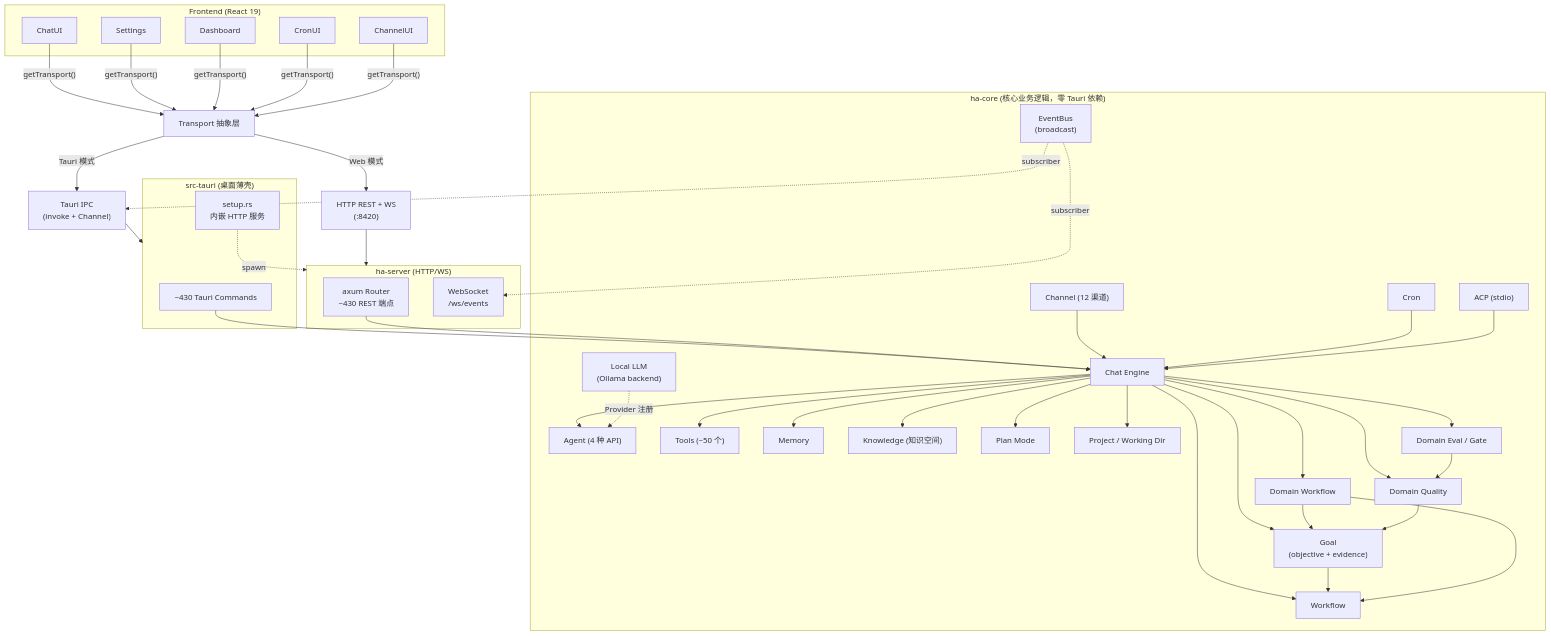
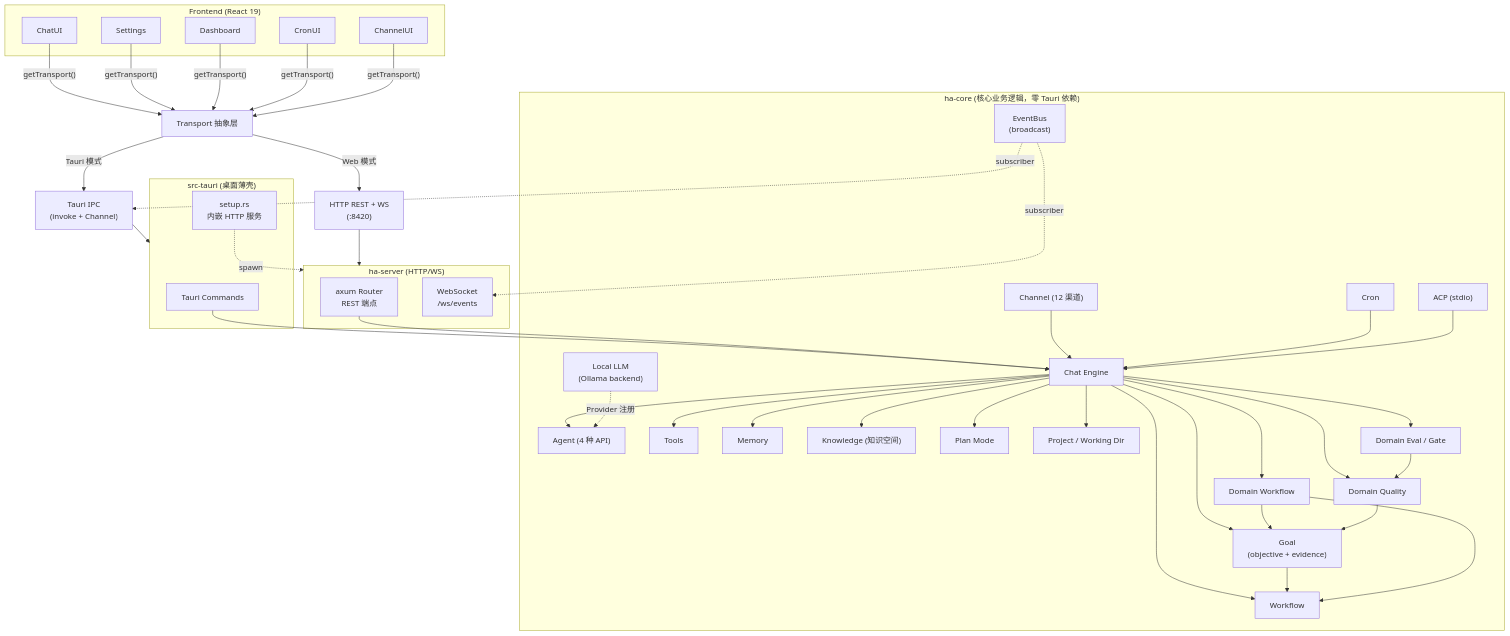
One commit to shiwenwen/hope-agent changed the first of 4 diagrams in docs/architecture/overview.md. Above: the diagram before and after it, drawn with Mermaid. The commit also changed other lines of this file, not shown here.

````diff
--- a/docs/architecture/overview.md
+++ b/docs/architecture/overview.md
@@ -26,63 +26,63 @@
 ```mermaid
 graph TD
     subgraph Frontend["Frontend (React 19)"]
         ChatUI["ChatUI"]
         Settings["Settings"]
         Dashboard_UI["Dashboard"]
         CronUI["CronUI"]
         ChannelUI["ChannelUI"]
     end
 
     ChatUI & Settings & Dashboard_UI & CronUI & ChannelUI -->|"getTransport()"| Transport["Transport 抽象层"]
 
     Transport -->|"Tauri 模式"| IPC["Tauri IPC<br/>(invoke + Channel)"]
     Transport -->|"Web 模式"| HTTP["HTTP REST + WS<br/>(:8420)"]
 
     IPC --> TauriShell
     HTTP --> OcServer
 
     subgraph TauriShell["src-tauri (桌面薄壳)"]
-        Commands["~430 Tauri Commands"]
+        Commands["Tauri Commands"]
         TauriSetup["setup.rs<br/>内嵌 HTTP 服务"]
     end
 
     subgraph OcServer["ha-server (HTTP/WS)"]
-        Router["axum Router<br/>~430 REST 端点"]
+        Router["axum Router<br/>REST 端点"]
         WSHandler["WebSocket<br/>/ws/events"]
     end
 
     Commands --> ChatEngine
     Router --> ChatEngine
     TauriSetup -.->|"spawn"| OcServer
 
     subgraph OcCore["ha-core (核心业务逻辑，零 Tauri 依赖)"]
         ChatEngine["Chat Engine"]
         ChatEngine --> Agent["Agent (4 种 API)"]
-        ChatEngine --> Tools["Tools (~50 个)"]
+        ChatEngine --> Tools["Tools"]
         ChatEngine --> Memory["Memory"]
         ChatEngine --> Knowledge["Knowledge (知识空间)"]
         ChatEngine --> PlanMode["Plan Mode"]
         ChatEngine --> Goal["Goal<br/>(objective + evidence)"]
         ChatEngine --> Project["Project / Working Dir"]
         ChatEngine --> Workflow["Workflow"]
         Goal --> Workflow
         ChatEngine --> DomainWorkflow["Domain Workflow"]
         ChatEngine --> DomainQuality["Domain Quality"]
         ChatEngine --> DomainEval["Domain Eval / Gate"]
         DomainWorkflow --> Goal
         DomainWorkflow --> Workflow
         DomainQuality --> Goal
         DomainEval --> DomainQuality
         EventBus["EventBus<br/>(broadcast)"]
         Channel["Channel (12 渠道)"]
         Cron["Cron"]
         ACP["ACP (stdio)"]
         LocalLLM["Local LLM<br/>(Ollama backend)"]
         Channel & Cron & ACP --> ChatEngine
         LocalLLM -.->|"Provider 注册"| Agent
     end
 
     EventBus -.->|"subscriber"| IPC
     EventBus -.->|"subscriber"| WSHandler
 
 ```
````
